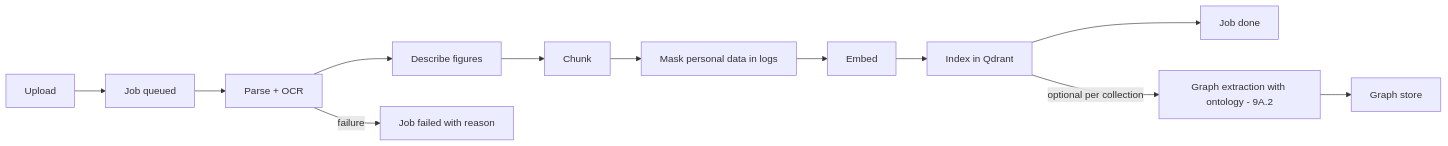
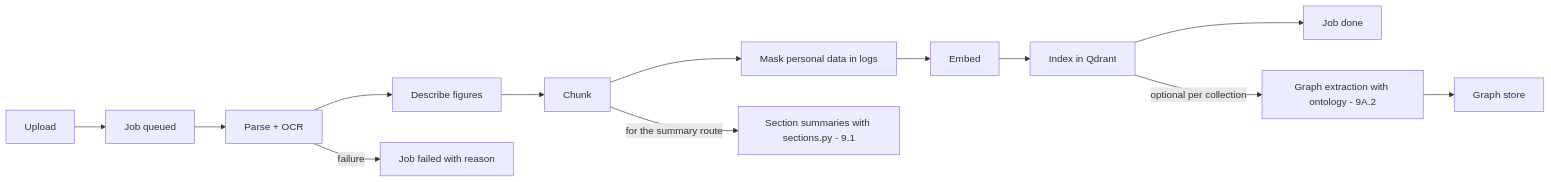
The third of 3 diagrams in docs/04-architecture/system-architecture.md (mdu-ai-lab/multiagent-ai-lab), drawn with Mermaid before and after one commit. The commit also changed other lines of this file and 14 other files, not shown here.

````diff
--- a/docs/04-architecture/system-architecture.md
+++ b/docs/04-architecture/system-architecture.md
@@ -79,6 +80,7 @@
 ```mermaid
 flowchart LR
   UP[Upload] --> J[Job queued] --> P[Parse + OCR] --> F[Describe figures] --> C[Chunk] --> X[Mask personal data in logs] --> E[Embed] --> I[Index in Qdrant] --> D[Job done]
   P -->|failure| FL[Job failed with reason]
+  C -->|for the summary route| SM[Section summaries with sections.py - 9.1]
   I -->|optional per collection| KX[Graph extraction with ontology - 9A.2] --> KD[Graph store]
 ```
````
